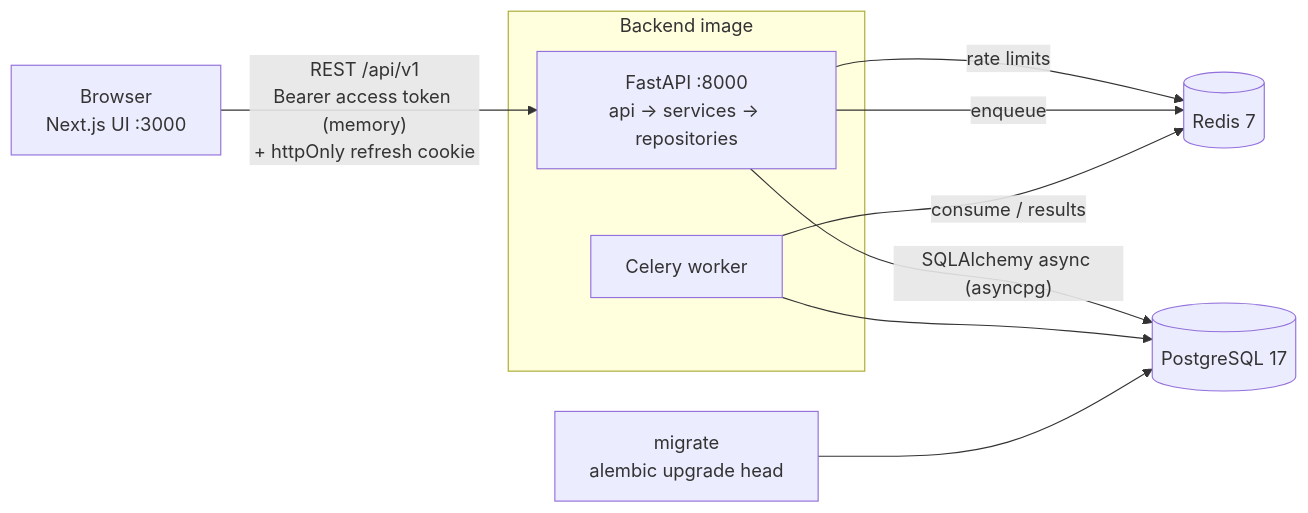
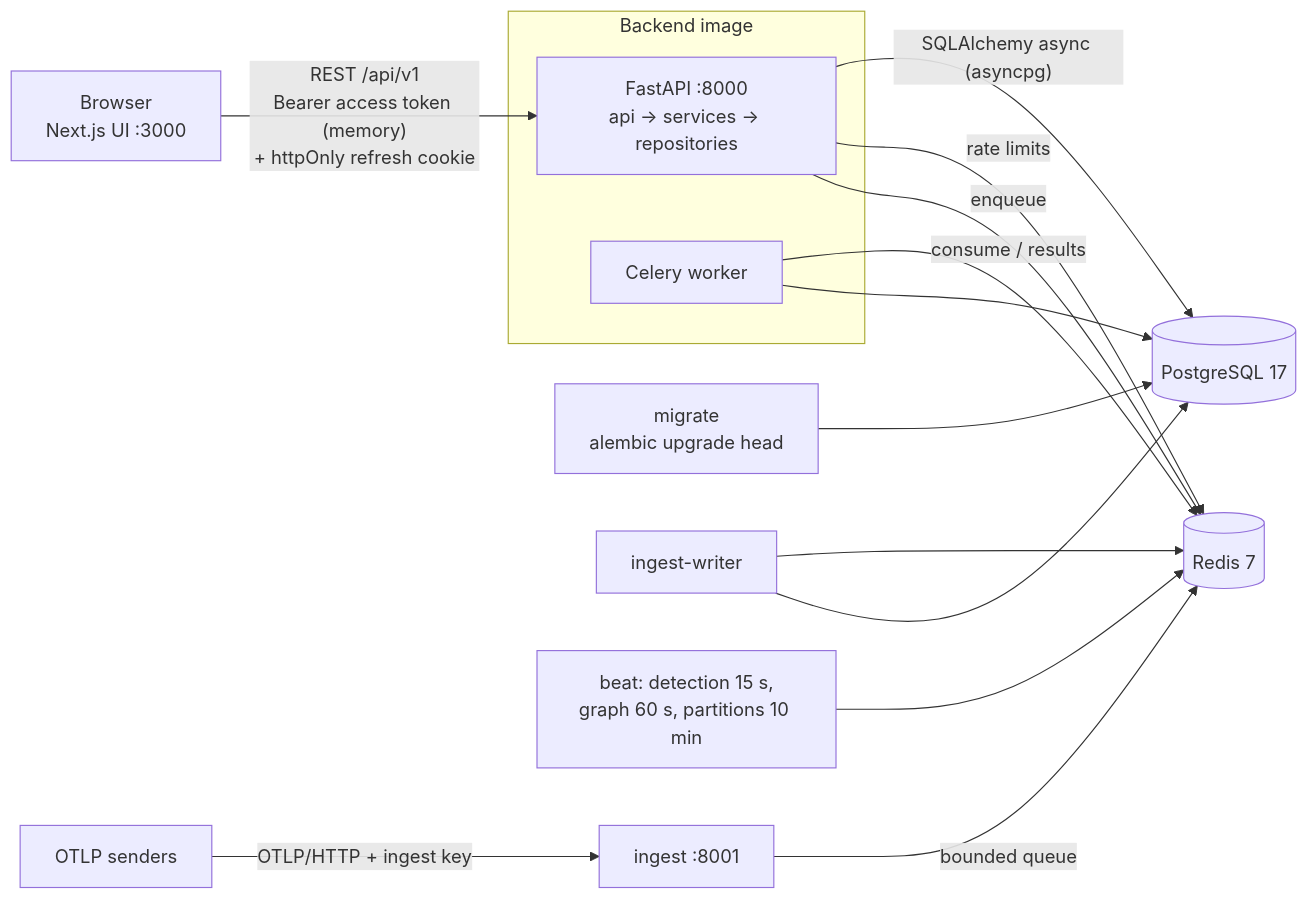
The diagram in docs/architecture/overview.md (Abhi7488-VIT/SentinelAI), drawn with Mermaid before and after one commit. The commit also changed other lines of this file and 4 other files, not shown here.

````diff
--- a/docs/architecture/overview.md
+++ b/docs/architecture/overview.md
@@ -7,16 +9,21 @@
 ```mermaid
 flowchart LR
   B[Browser<br/>Next.js UI :3000] -- "REST /api/v1<br/>Bearer access token (memory)<br/>+ httpOnly refresh cookie" --> API
 
   subgraph Backend image
     API[FastAPI :8000<br/>api → services → repositories]
     W[Celery worker]
   end
 
   API -- "SQLAlchemy async (asyncpg)" --> PG[(PostgreSQL 17)]
   API -- "rate limits" --> R[(Redis 7)]
   API -- "enqueue" --> R
   W -- "consume / results" --> R
   W --> PG
   M[migrate<br/>alembic upgrade head] --> PG
+  O[OTLP senders] -- "OTLP/HTTP + ingest key" --> IN[ingest :8001]
+  IN -- "bounded queue" --> R
+  IW[ingest-writer] --> R
+  IW --> PG
+  BT[beat: detection 15 s,<br/>graph 60 s, partitions 10 min] --> R
 ```
````
